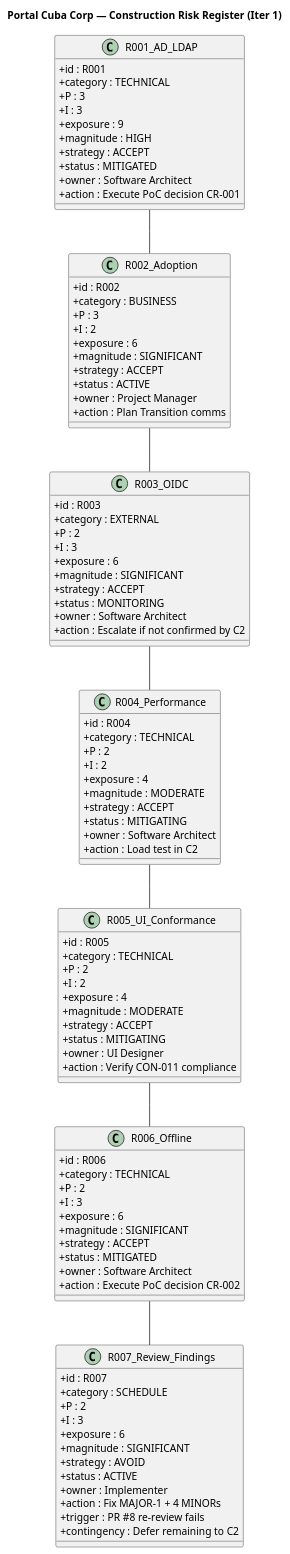
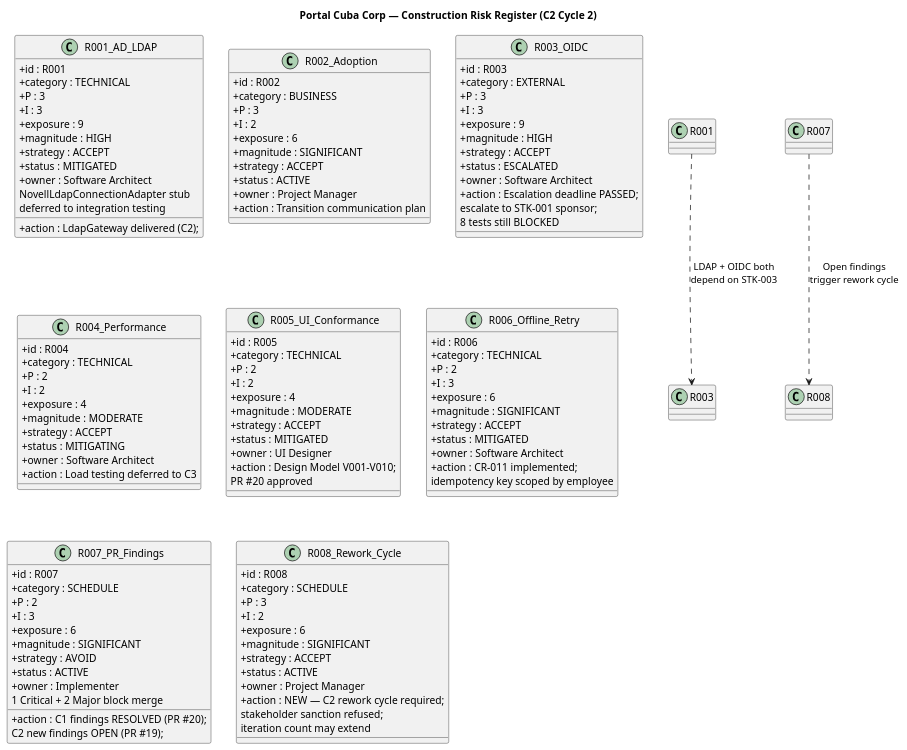
Before and after one commit to banense-test/portal-cuba-corp: the diagram in docs/artifacts/project-management/risk-list.md, drawn with PlantUML. The commit also changed other lines of this file, not shown here.

First line of the commit message:
Project Manager [C2]: upsert Risk List

````diff
--- a/docs/artifacts/project-management/risk-list.md
+++ b/docs/artifacts/project-management/risk-list.md
@@ -28,6 +28,6 @@
 ```plantuml
 @startuml
-title Portal Cuba Corp — Construction Risk Register (Iter 1)
+title Portal Cuba Corp — Construction Risk Register (C2 Cycle 2)
 
 skinparam classAttributeIconSize 0
 
@@ -41,7 +41,9 @@
   + strategy : ACCEPT
   + status : MITIGATED
   + owner : Software Architect
-  + action : Execute PoC decision CR-001
+  + action : LdapGateway delivered (C2);
+    NovellLdapConnectionAdapter stub
+    deferred to integration testing
 }
 
 class R002_Adoption {
@@ -54,20 +56,22 @@
   + strategy : ACCEPT
   + status : ACTIVE
   + owner : Project Manager
-  + action : Plan Transition comms
+  + action : Transition communication plan
 }
 
 class R003_OIDC {
   + id : R003
   + category : EXTERNAL
-  + P : 2
+  + P : 3
   + I : 3
-  + exposure : 6
-  + magnitude : SIGNIFICANT
+  + exposure : 9
+  + magnitude : HIGH
   + strategy : ACCEPT
-  + status : MONITORING
+  + status : ESCALATED
   + owner : Software Architect
-  + action : Escalate if not confirmed by C2
+  + action : Escalation deadline PASSED;
+    escalate to STK-001 sponsor;
+    8 tests still BLOCKED
 }
 
 class R004_Performance {
@@ -80,7 +84,7 @@
   + strategy : ACCEPT
   + status : MITIGATING
   + owner : Software Architect
-  + action : Load test in C2
+  + action : Load testing deferred to C3
 }
 
 class R005_UI_Conformance {
@@ -91,12 +95,13 @@
   + exposure : 4
   + magnitude : MODERATE
   + strategy : ACCEPT
-  + status : MITIGATING
+  + status : MITIGATED
   + owner : UI Designer
-  + action : Verify CON-011 compliance
+  + action : Design Model V001-V010;
+    PR #20 approved
 }
 
-class R006_Offline {
+class R006_Offline_Retry {
   + id : R006
   + category : TECHNICAL
   + P : 2
@@ -106,10 +111,11 @@
   + strategy : ACCEPT
   + status : MITIGATED
   + owner : Software Architect
-  + action : Execute PoC decision CR-002
+  + action : CR-011 implemented;
+    idempotency key scoped by employee
 }
 
-class R007_Review_Findings {
+class R007_PR_Findings {
   + id : R007
   + category : SCHEDULE
   + P : 2
@@ -119,17 +125,28 @@
   + strategy : AVOID
   + status : ACTIVE
   + owner : Implementer
-  + action : Fix MAJOR-1 + 4 MINORs
-  + trigger : PR #8 re-review fails
-  + contingency : Defer remaining to C2
+  + action : C1 findings RESOLVED (PR #20);
+    C2 new findings OPEN (PR #19);
+    1 Critical + 2 Major block merge
 }
 
-R001_AD_LDAP -- R002_Adoption
-R002_Adoption -- R003_OIDC
-R003_OIDC -- R004_Performance
-R004_Performance -- R005_UI_Conformance
-R005_UI_Conformance -- R006_Offline
-R006_Offline -- R007_Review_Findings
+class R008_Rework_Cycle {
+  + id : R008
+  + category : SCHEDULE
+  + P : 3
+  + I : 2
+  + exposure : 6
+  + magnitude : SIGNIFICANT
+  + strategy : ACCEPT
+  + status : ACTIVE
+  + owner : Project Manager
+  + action : NEW — C2 rework cycle required;
+    stakeholder sanction refused;
+    iteration count may extend
+}
+
+R001 ..> R003 : "LDAP + OIDC both\ndepend on STK-003"
+R007 ..> R008 : "Open findings\ntrigger rework cycle"
 
 @enduml
 ```
````
